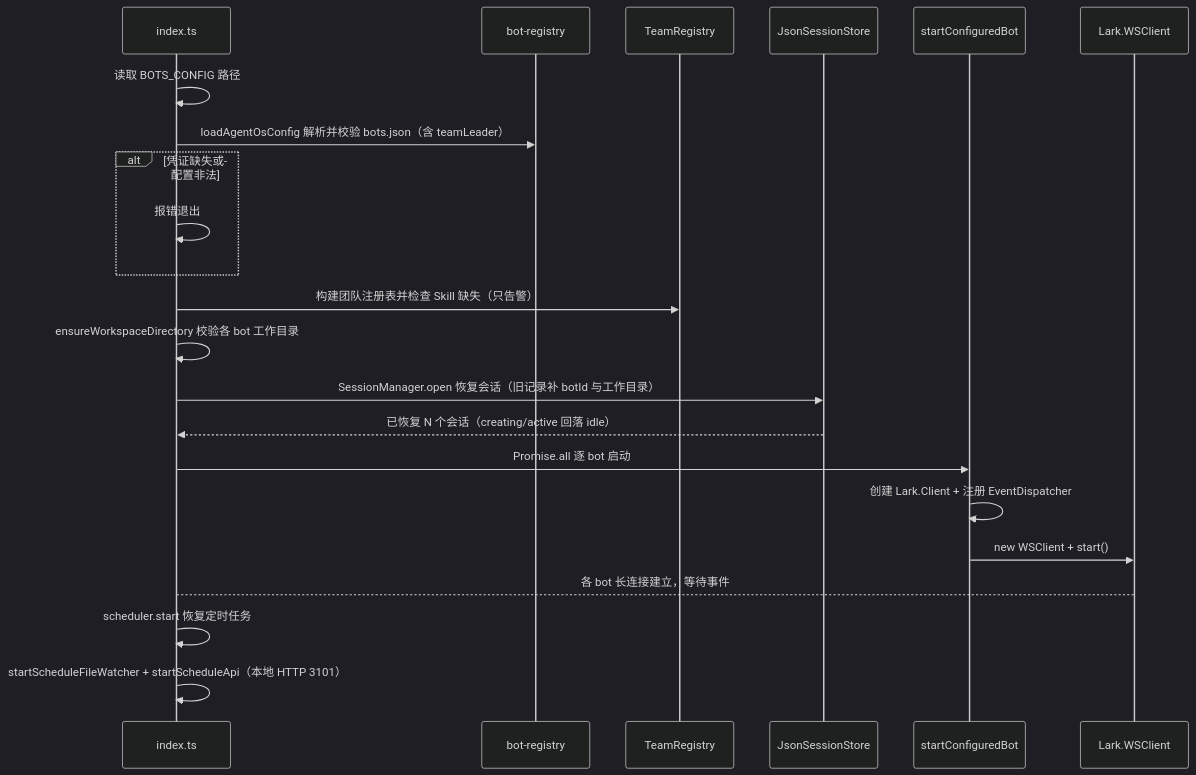
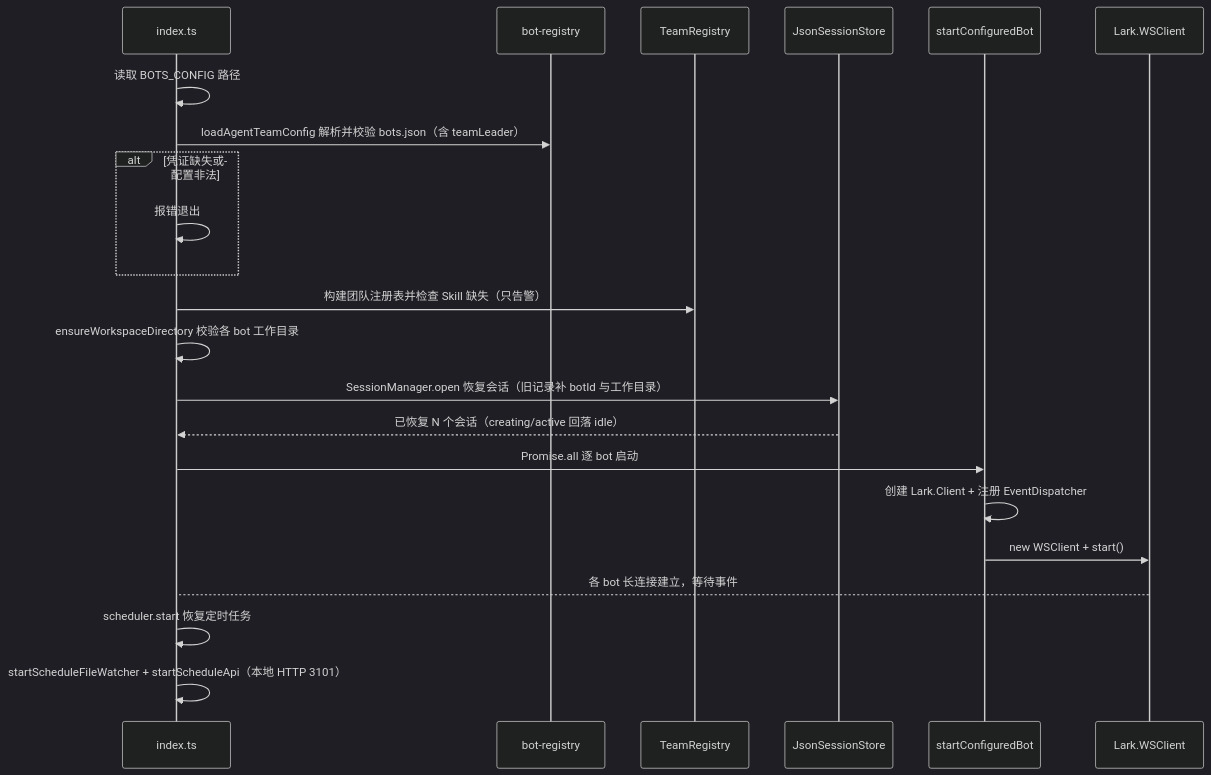
One commit to CerrorJ/Agent-Team changed the second of 2 diagrams in openwiki/architecture/overview.md. Above: the diagram before and after it, drawn with Mermaid (dark theme). The commit also changed other lines of this file and 11 other files, not shown here.

````diff
--- a/openwiki/architecture/overview.md
+++ b/openwiki/architecture/overview.md
@@ -152,25 +153,25 @@
 ```mermaid
 sequenceDiagram
     participant Entry as index.ts
     participant Reg as bot-registry
     participant Team as TeamRegistry
     participant Store as JsonSessionStore
     participant Bot as startConfiguredBot
     participant WS as Lark.WSClient
 
     Entry->>Entry: 读取 BOTS_CONFIG 路径
-    Entry->>Reg: loadAgentOsConfig 解析并校验 bots.json（含 teamLeader）
+    Entry->>Reg: loadAgentTeamConfig 解析并校验 bots.json（含 teamLeader）
     alt 凭证缺失或配置非法
         Entry->>Entry: 报错退出
     end
     Entry->>Team: 构建团队注册表并检查 Skill 缺失（只告警）
     Entry->>Entry: ensureWorkspaceDirectory 校验各 bot 工作目录
     Entry->>Store: SessionManager.open 恢复会话（旧记录补 botId 与工作目录）
     Store-->>Entry: 已恢复 N 个会话（creating/active 回落 idle）
     Entry->>Bot: Promise.all 逐 bot 启动
     Bot->>Bot: 创建 Lark.Client + 注册 EventDispatcher
     Bot->>WS: new WSClient + start()
     WS-->Entry: 各 bot 长连接建立，等待事件
     Entry->>Entry: scheduler.start 恢复定时任务
     Entry->>Entry: startScheduleFileWatcher + startScheduleApi（本地 HTTP 3101）
 ```
````
